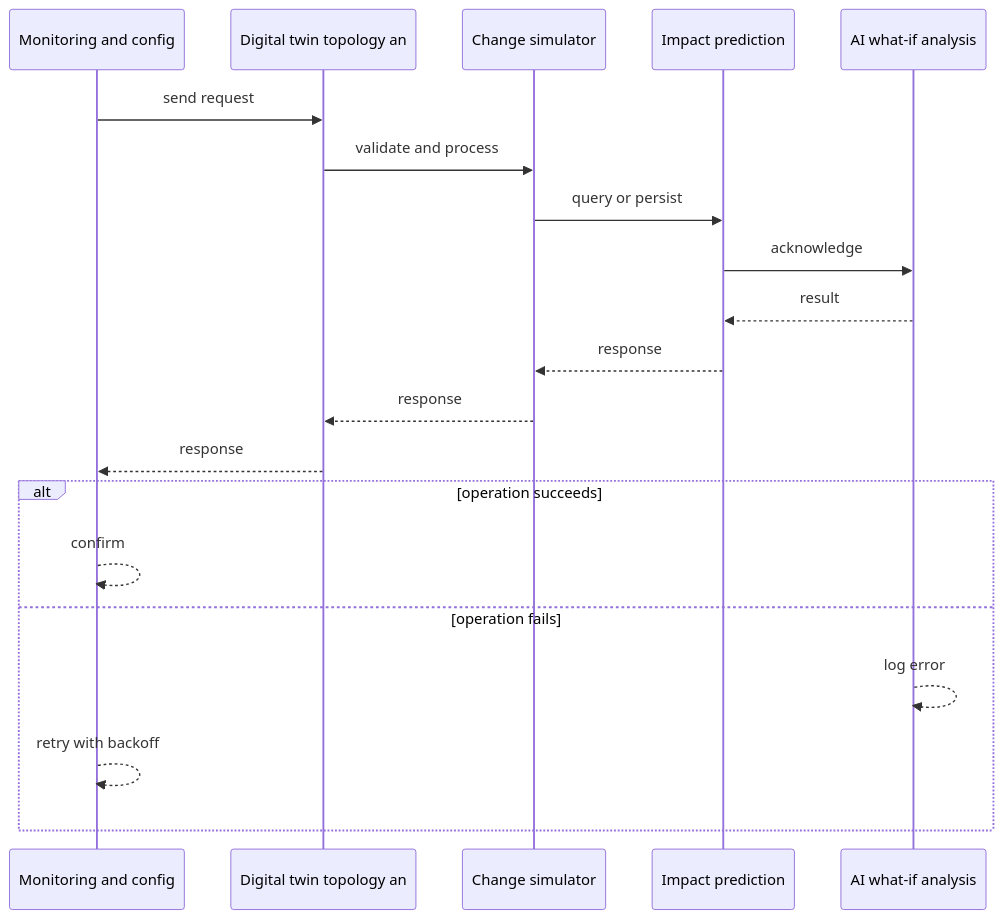
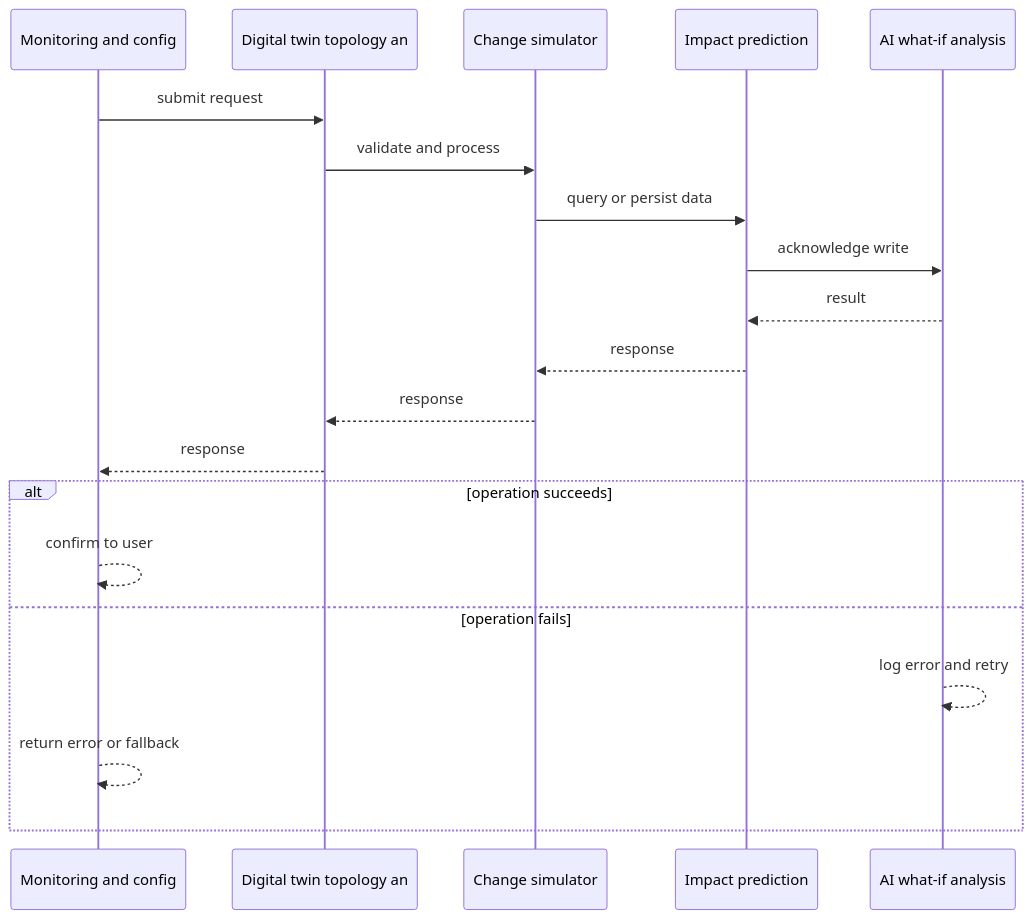
Before and after one commit to RIT-MESH/system-design-mastery: the second of 4 diagrams in case-studies/network-ai-systems/network-digital-twin.md, drawn with Mermaid. The commit also changed other lines of this file and 127 other files, not shown here.

First line of the commit message:
Improve all case study diagrams: case-specific sequences, fix truncated labels

````diff
--- a/case-studies/network-ai-systems/network-digital-twin.md
+++ b/case-studies/network-ai-systems/network-digital-twin.md
@@ -76,23 +76,23 @@
 ```mermaid
 %% created-for: system-design-mastery
 sequenceDiagram
-  participant C0 as Monitoring and config
-  participant C1 as Digital twin topology an
-  participant C2 as Change simulator
-  participant C3 as Impact prediction
-  participant C4 as AI what-if analysis
-  C0 ->> C1: send request
-  C1 ->> C2: validate and process
-  C2 ->> C3: query or persist
-  C3 ->> C4: acknowledge
-  C4 -->> C3: result
-  C3 -->> C2: response
-  C2 -->> C1: response
-  C1 -->> C0: response
+  participant P0 as Monitoring and config
+  participant P1 as Digital twin topology an
+  participant P2 as Change simulator
+  participant P3 as Impact prediction
+  participant P4 as AI what-if analysis
+  P0 ->> P1: submit request
+  P1 ->> P2: validate and process
+  P2 ->> P3: query or persist data
+  P3 ->> P4: acknowledge write
+  P4 -->> P3: result
+  P3 -->> P2: response
+  P2 -->> P1: response
+  P1 -->> P0: response
   alt operation succeeds
-    C0 -->> C0: confirm
+    P0 -->> P0: confirm to user
   else operation fails
-    C4 -->> C4: log error
-    C0 -->> C0: retry with backoff
+    P4 -->> P4: log error and retry
+    P0 -->> P0: return error or fallback
   end
 ```
````
